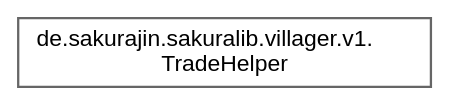
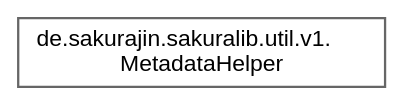
Before and after one commit to noah1510/sakura-lib: the diagram in inherit_graph_36.dot, drawn with Graphviz. The commit also changed 97 other files, not shown here.

```diff
--- a/inherit_graph_36.dot
+++ b/inherit_graph_36.dot
@@ -1,9 +1,9 @@
 digraph "Graphical Class Hierarchy"
 {
  // LATEX_PDF_SIZE
   bgcolor="transparent";
   edge [fontname=Helvetica,fontsize=10,labelfontname=Helvetica,labelfontsize=10];
   node [fontname=Helvetica,fontsize=10,shape=box,height=0.2,width=0.4];
   rankdir="LR";
-  Node0 [label="de.sakurajin.sakuralib.villager.v1.\lTradeHelper",height=0.2,width=0.4,color="grey40", fillcolor="white", style="filled",URL="$classde_1_1sakurajin_1_1sakuralib_1_1villager_1_1v1_1_1TradeHelper.html",tooltip="A helper class to create trades for villagers."];
+  Node0 [label="de.sakurajin.sakuralib.util.v1.\lMetadataHelper",height=0.2,width=0.4,color="grey40", fillcolor="white", style="filled",URL="$classde_1_1sakurajin_1_1sakuralib_1_1util_1_1v1_1_1MetadataHelper.html",tooltip=" "];
 }
```
